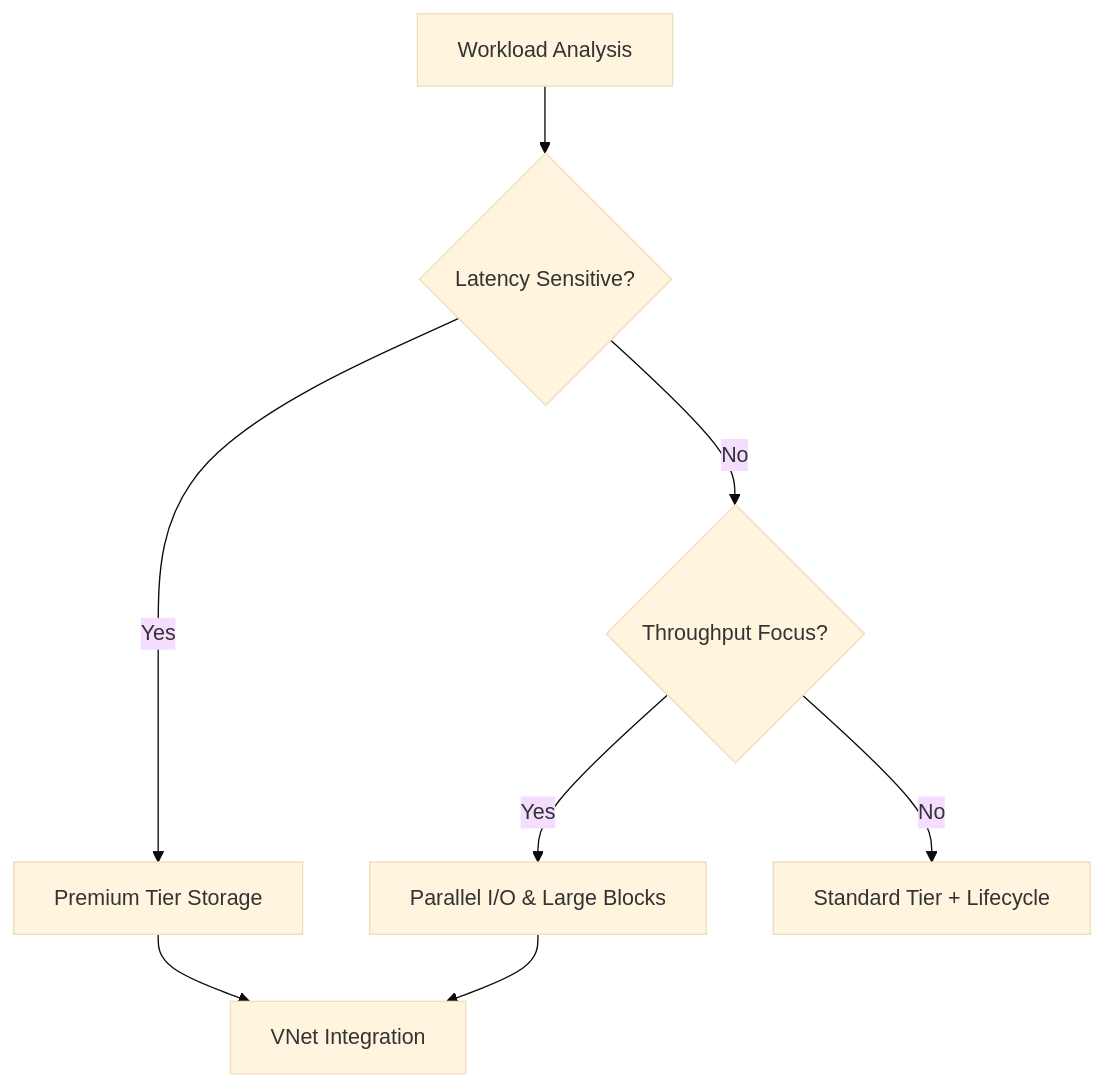
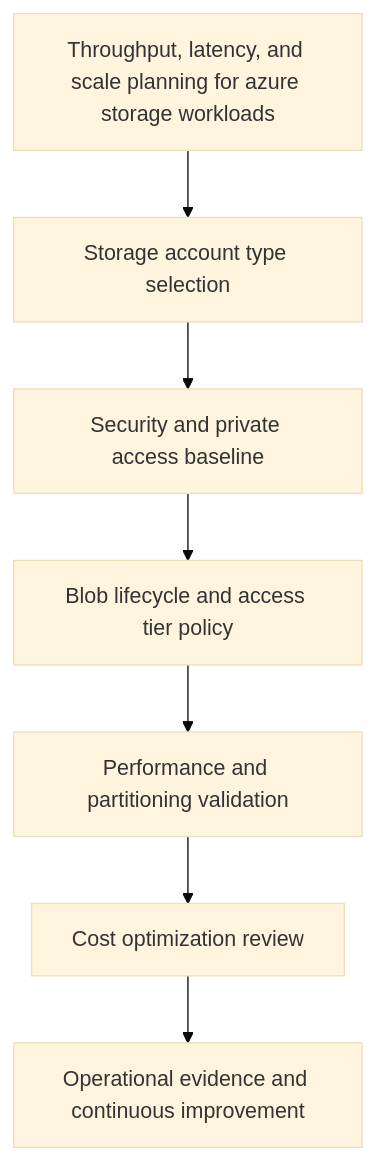
The first of 2 diagrams in docs/best-practices/performance-best-practices.md (yeongseon/azure-storage-practical-guide), drawn with Mermaid (base theme) before and after one commit. The commit also changed other lines of this file and 26 other files, not shown here.

````diff
--- a/docs/best-practices/performance-best-practices.md
+++ b/docs/best-practices/performance-best-practices.md
@@ -18,10 +18,9 @@
 ```mermaid
-graph TD
-    A[Workload Analysis] --> B{Latency Sensitive?}
-    B -->|Yes| C[Premium Tier Storage]
-    B -->|No| D{Throughput Focus?}
-    D -->|Yes| E[Parallel I/O & Large Blocks]
-    D -->|No| F[Standard Tier + Lifecycle]
-    C --> G[VNet Integration]
-    E --> G
+flowchart TD
+    A[Throughput, latency, and scale planning for azure storage workloads] --> B[Storage account type selection]
+    B --> C[Security and private access baseline]
+    C --> D[Blob lifecycle and access tier policy]
+    D --> E[Performance and partitioning validation]
+    E --> F[Cost optimization review]
+    F --> G[Operational evidence and continuous improvement]
 ```
````
